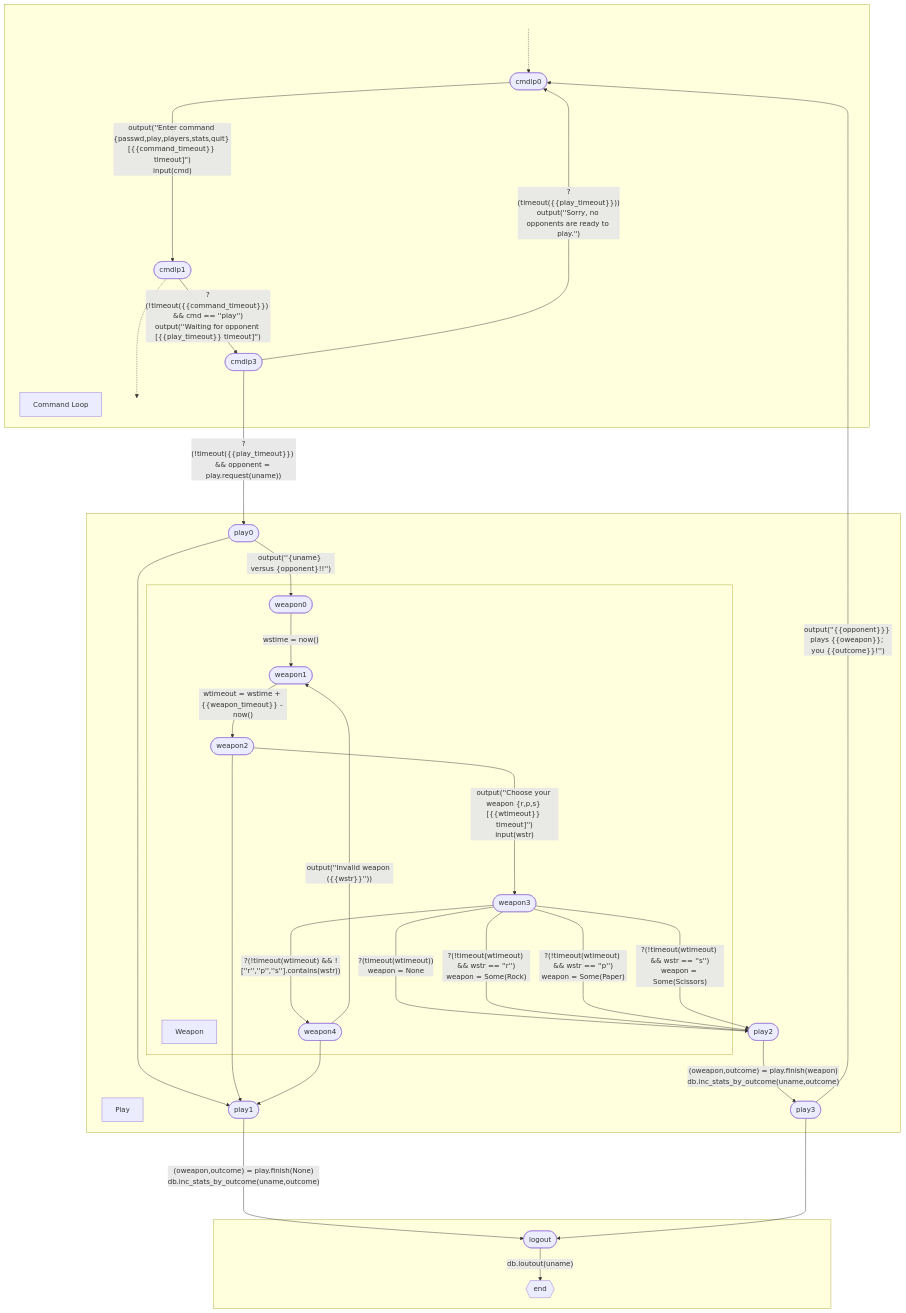
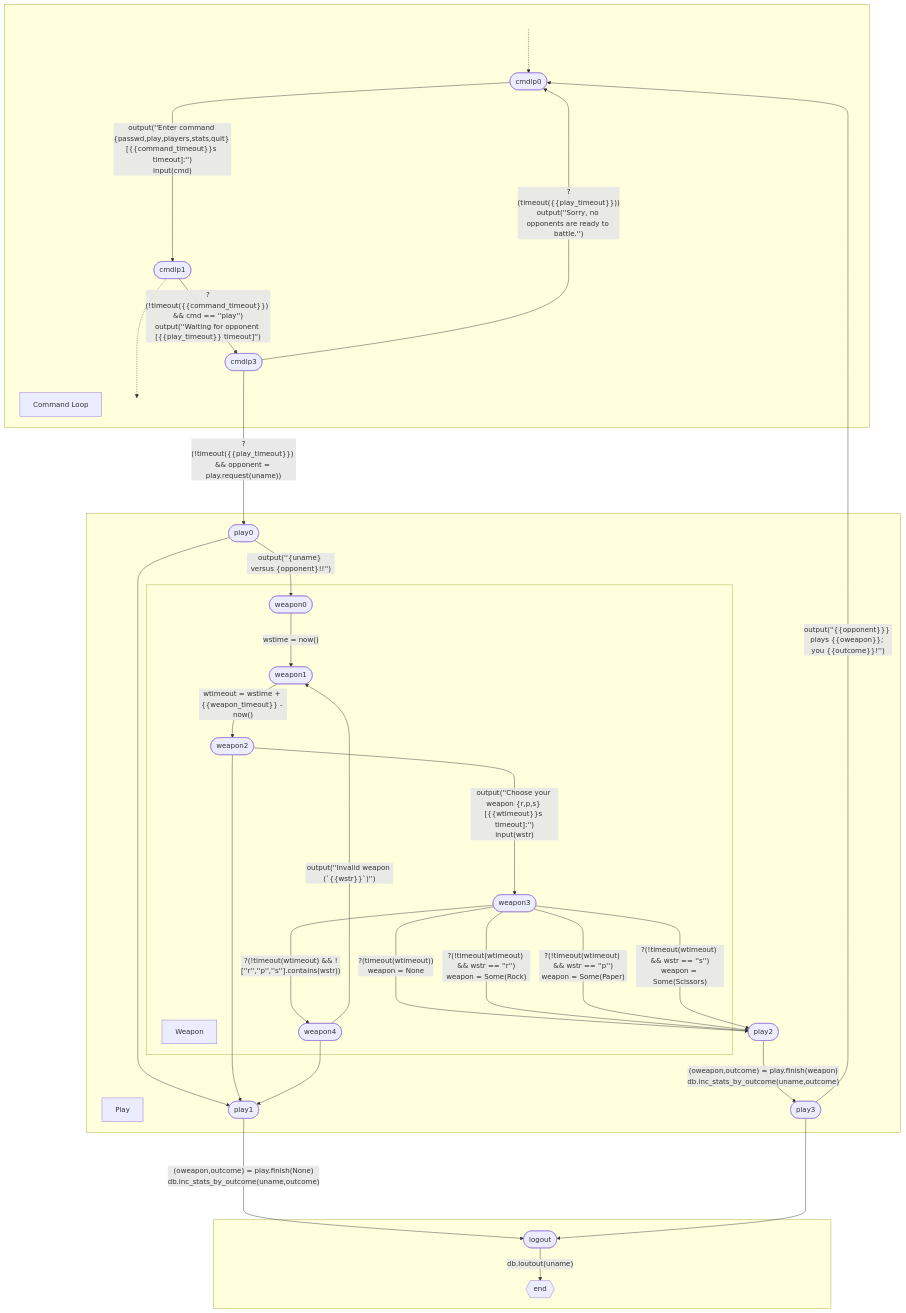
One commit to jianliao/MTFPSR changed the diagram in prog06/assets/play-state-diagram.mmd. Above: the diagram before and after it, drawn with Mermaid. The commit also changed 7 other files, not shown here.

Commit message:
Update prog06 state diagrams

```diff
--- a/prog06/assets/play-state-diagram.mmd
+++ b/prog06/assets/play-state-diagram.mmd
@@ -1,67 +1,67 @@
 graph TD
     subgraph CommandLoop [ ]
       cmdlp_title["Command Loop"]
       cmdlp0([cmdlp0])
       cmdlp1([cmdlp1])
       cmdlp3([cmdlp3])
       cmdlpa[" "] -..-> cmdlp0
       cmdlp1 -..-> cmdlpb[" "]
     end
     subgraph Play [ ]
       play_title["Play"]
       play0([play0])
       play2([play1])
       play6([play2])
       play8([play3])
       subgraph Weapon [ ]
         weapon_title["Weapon"]
         play1([weapon0])
         play3([weapon1])
         play4([weapon2])
         play5([weapon3])
         play7([weapon4])
       end
     end
     subgraph ENDSG [ ]
       END{{end}}
       logout([logout])
     end
 
-    cmdlp0 ---->|"output(''Enter command {passwd,play,players,stats,quit} [{{command_timeout}} timeout]'')<br>input(cmd)"| cmdlp1
+    cmdlp0 ---->|"output(''Enter command {passwd,play,players,stats,quit} [{{command_timeout}}s timeout]:'')<br>input(cmd)"| cmdlp1
     cmdlp1 -->|"?(!timeout({{command_timeout}}) && cmd == ''play'')<br>output(''Waiting for opponent [{{play_timeout}} timeout]'')"| cmdlp3
     cmdlp3 ---->|"?(!timeout({{play_timeout}}) && opponent = play.request(uname))"| play0
-    cmdlp3 ---->|"?(timeout({{play_timeout}}))<br>output(''Sorry, no opponents are ready to play.'')"| cmdlp0
+    cmdlp3 ---->|"?(timeout({{play_timeout}}))<br>output(''Sorry, no opponents are ready to battle.'')"| cmdlp0
 
 
     play0 -->|"output(''{uname} versus {opponent}!!'')"| play1
     play0 -->|"<disconnect>"| play2
 
     play1 -->|"wstime = now()"| play3
 
     play2 -->|"(oweapon,outcome) = play.finish(None)<br>db.inc_stats_by_outcome(uname,outcome)"| logout
 
     play3 -->|"wtimeout = wstime + {{weapon_timeout}} - now()"| play4
 
-    play4 ---->|"output(''Choose your weapon {r,p,s} [{{wtimeout}} timeout]'')<br>input(wstr)"| play5
+    play4 ---->|"output(''Choose your weapon {r,p,s} [{{wtimeout}}s timeout]:'')<br>input(wstr)"| play5
     play4 -->|"<disconnect>"| play2
 
     play5 ---->|"?(timeout(wtimeout))<br>weapon = None"| play6
     play5 -->|"?(!timeout(wtimeout) && wstr == ''r'')<br>weapon = Some(Rock)"| play6
     play5 -->|"?(!timeout(wtimeout) && wstr == ''p'')<br>weapon = Some(Paper)"| play6
     play5 -->|"?(!timeout(wtimeout) && wstr == ''s'')<br>weapon = Some(Scissors)"| play6
     play5 ---->|"?(!timeout(wtimeout) && ![''r'',''p'',''s''].contains(wstr))"| play7
 
     play6 -->|"(oweapon,outcome) = play.finish(weapon)<br>db.inc_stats_by_outcome(uname,outcome)"| play8
 
-    play7 -->|"output(''Invalid weapon ({{wstr}}''))"| play3
+    play7 -->|"output(''Invalid weapon (`{{wstr}}`)'')"| play3
     play7 -->|"<disconnect>"| play2
 
     play8 ---->|"output(''{{opponent}}} plays {{oweapon}}; you {{outcome}}!'')"| cmdlp0
     play8 ---->|"<disconnect>"| logout
 
 
     logout -->|"db.loutout(uname)"| END
 
 
     classDef invisible visibility:hidden;
     class cmdlpa,cmdlpb invisible
```
